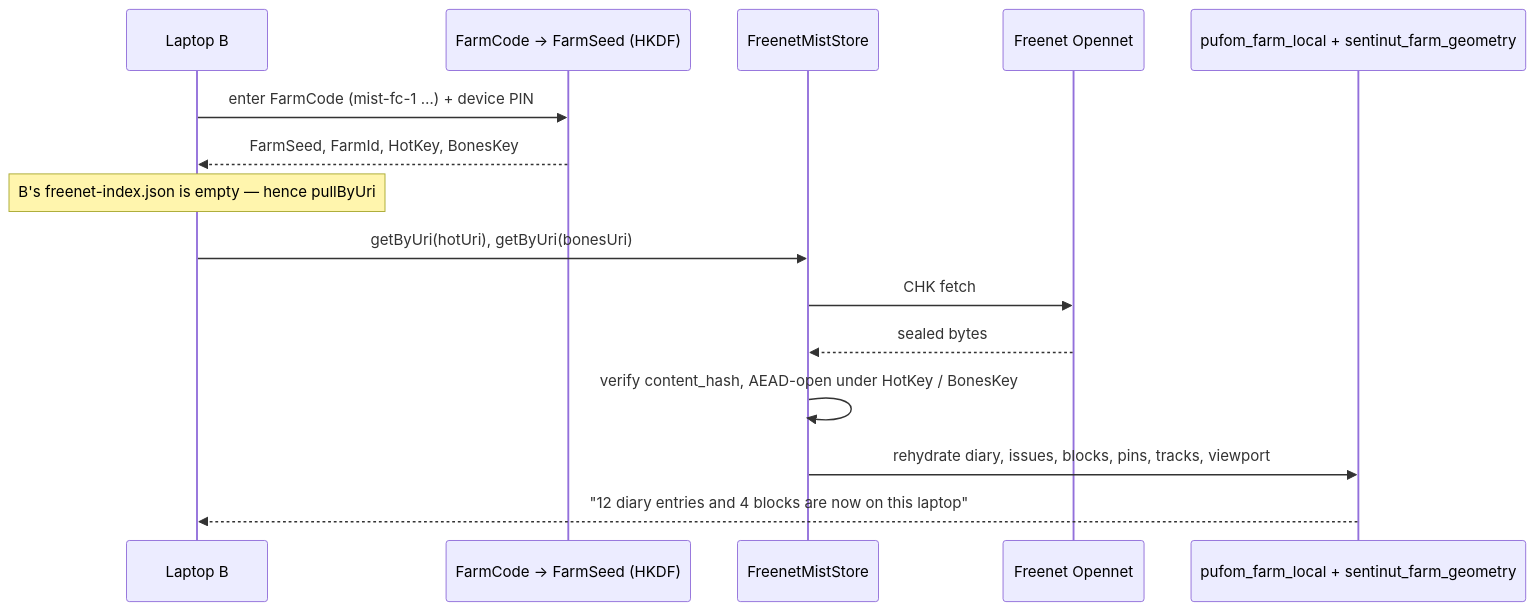
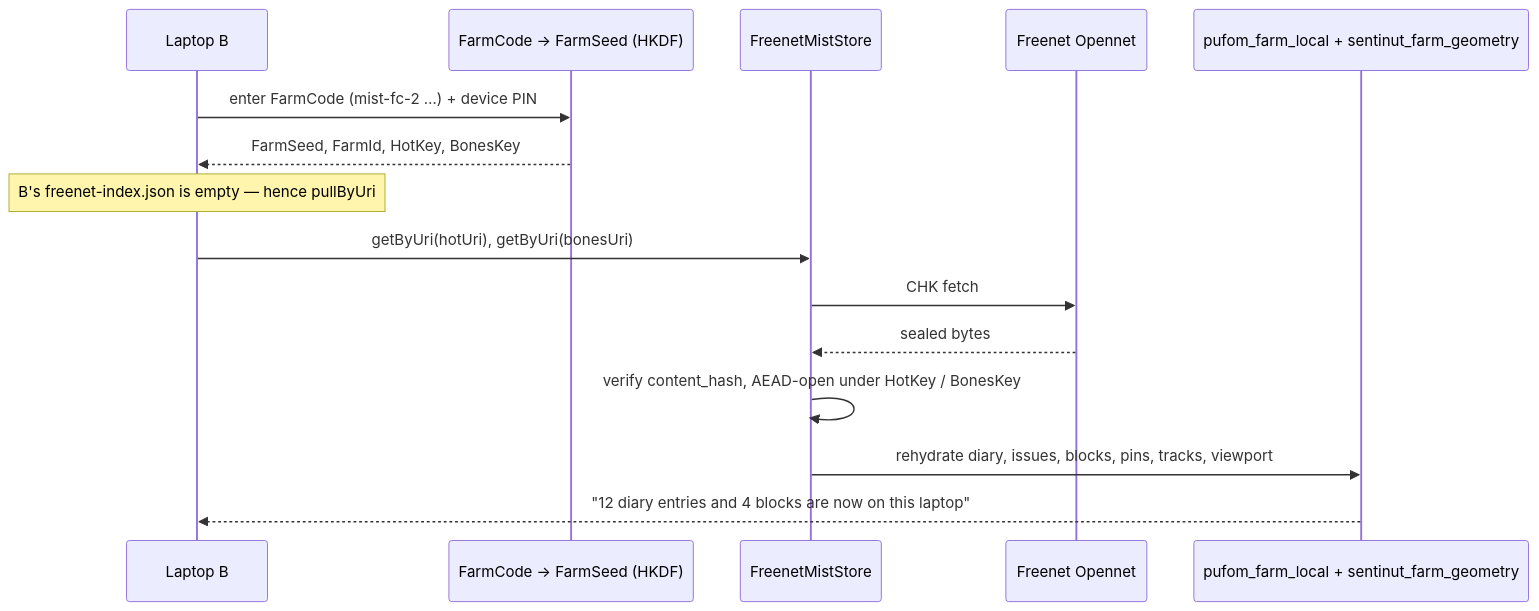
Before and after one commit to paraquatsundae/PUF-AM: the third of 3 diagrams in Plans/FREENET_CONTRIBUTE_AND_STORAGE.md, drawn with Mermaid. The commit also changed 155 other files, not shown here.

````diff
--- a/Plans/FREENET_CONTRIBUTE_AND_STORAGE.md
+++ b/Plans/FREENET_CONTRIBUTE_AND_STORAGE.md
@@ -115,18 +115,18 @@
 ```mermaid
 sequenceDiagram
   participant B as Laptop B
   participant Seed as FarmCode → FarmSeed (HKDF)
   participant Store as FreenetMistStore
   participant Net as Freenet Opennet
   participant IDB as pufom_farm_local + sentinut_farm_geometry
 
-  B->>Seed: enter FarmCode (mist-fc-1 …) + device PIN
+  B->>Seed: enter FarmCode (mist-fc-2 …) + device PIN
   Seed-->>B: FarmSeed, FarmId, HotKey, BonesKey
   Note over B: B's freenet-index.json is empty — hence pullByUri
   B->>Store: getByUri(hotUri), getByUri(bonesUri)
   Store->>Net: CHK fetch
   Net-->>Store: sealed bytes
   Store->>Store: verify content_hash, AEAD-open under HotKey / BonesKey
   Store->>IDB: rehydrate diary, issues, blocks, pins, tracks, viewport
   IDB-->>B: "12 diary entries and 4 blocks are now on this laptop"
 ```
````
